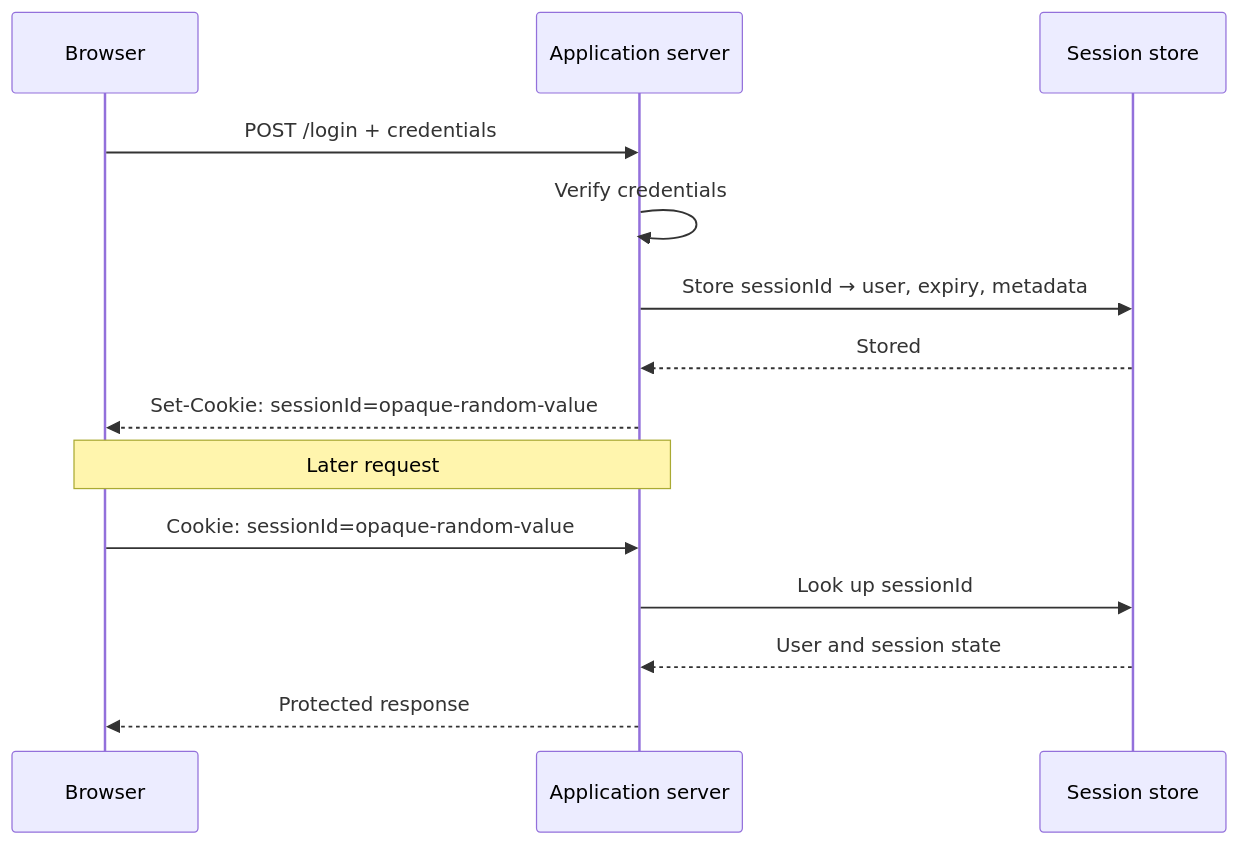
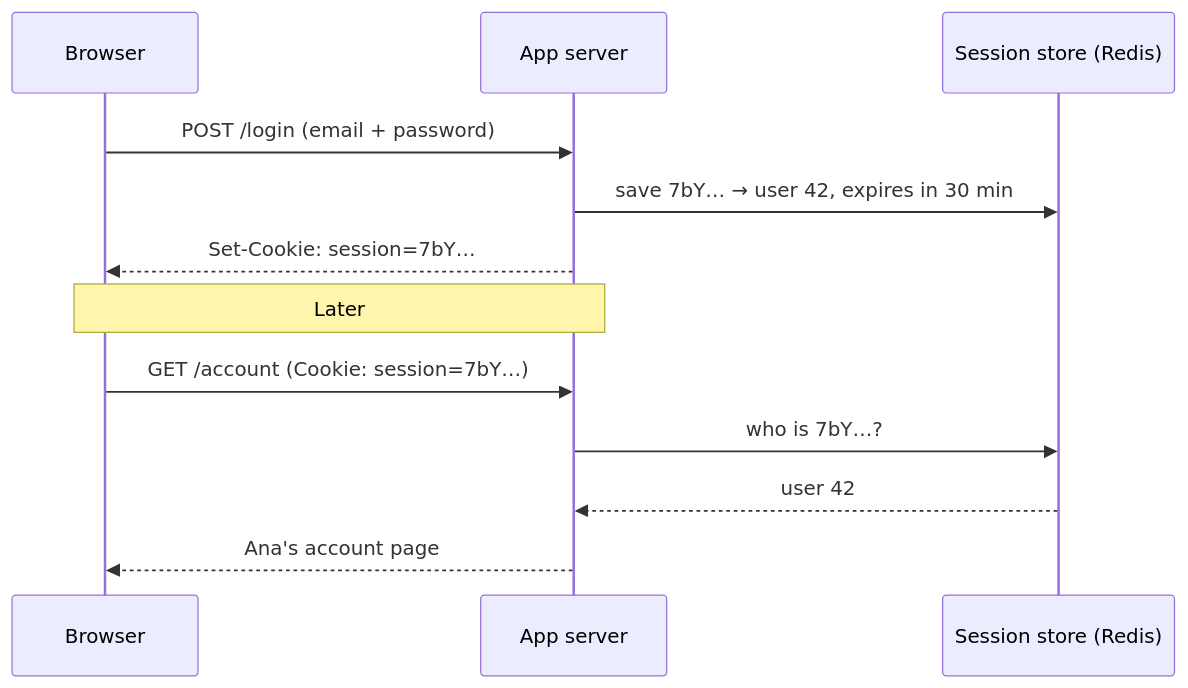
One commit to alanqi03/sys-design changed the first of 2 diagrams in api-design/authentication.md. Above: the diagram before and after it, drawn with Mermaid. The commit also changed other lines of this file and 5 other files, not shown here.

````diff
--- a/api-design/authentication.md
+++ b/api-design/authentication.md
@@ -21,17 +21,15 @@
 ```{mermaid}
 sequenceDiagram
-  participant C as Browser
-  participant A as Application server
-  participant S as Session store
+  participant B as Browser
+  participant A as App server
+  participant S as Session store (Redis)
 
-  C->>A: POST /login + credentials
-  A->>A: Verify credentials
-  A->>S: Store sessionId → user, expiry, metadata
-  S-->>A: Stored
-  A-->>C: Set-Cookie: sessionId=opaque-random-value
-  Note over C,A: Later request
-  C->>A: Cookie: sessionId=opaque-random-value
-  A->>S: Look up sessionId
-  S-->>A: User and session state
-  A-->>C: Protected response
+  B->>A: POST /login (email + password)
+  A->>S: save 7bY… → user 42, expires in 30 min
+  A-->>B: Set-Cookie: session=7bY…
+  Note over B,A: Later
+  B->>A: GET /account (Cookie: session=7bY…)
+  A->>S: who is 7bY…?
+  S-->>A: user 42
+  A-->>B: Ana's account page
 ```
````
